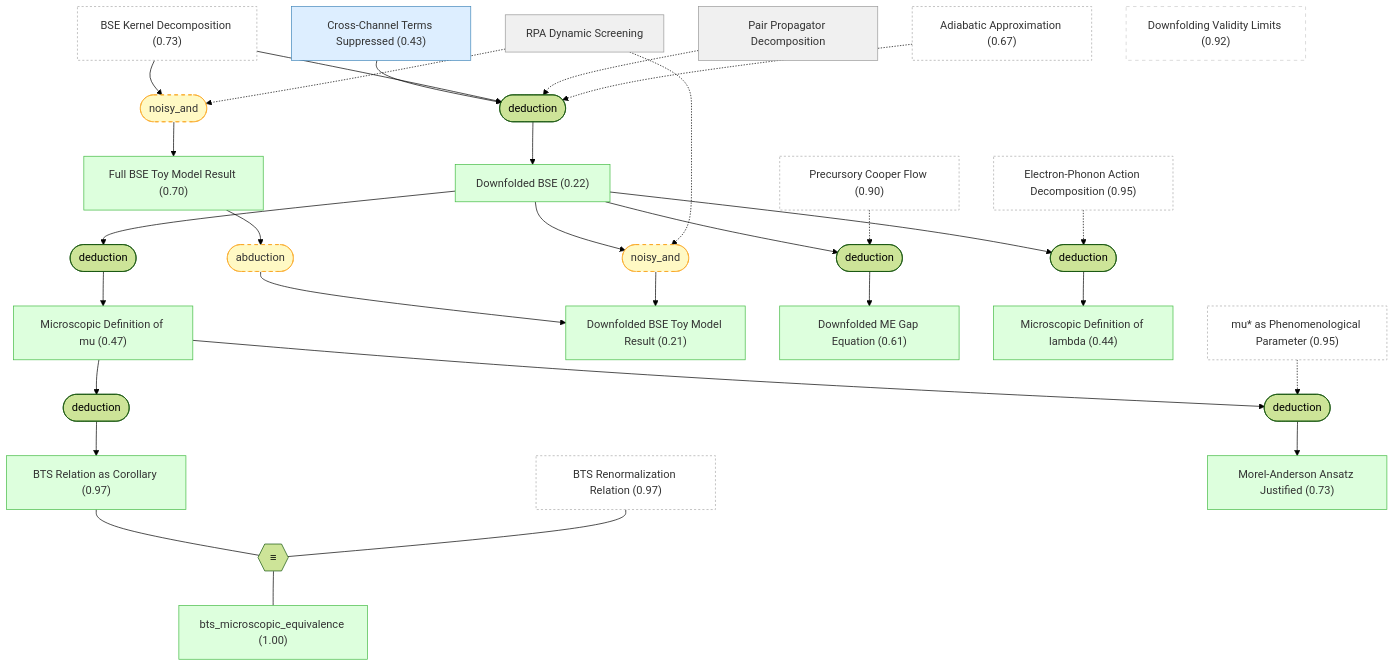
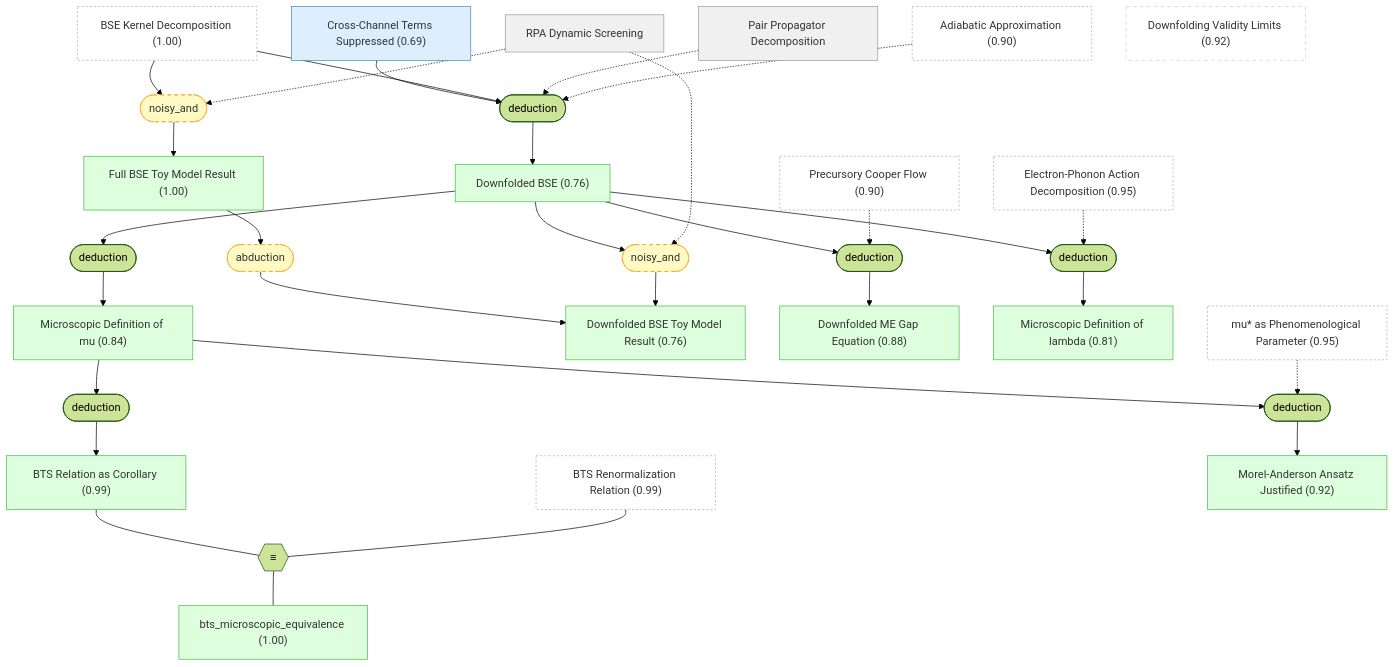
Before and after one commit to kunyuan/SuperconductivityElectronLiquids.gaia: the third of 6 diagrams in README.md, drawn with Mermaid (forest theme). The commit also changed other lines of this file and 1 other file, not shown here.

````diff
--- a/README.md
+++ b/README.md
@@ -253,71 +253,71 @@
 ```mermaid
 graph TD
-    adiabatic_approx["Adiabatic Approximation (0.67)"]:::external
-    bts_renormalization["BTS Renormalization Relation (0.97)"]:::external
+    adiabatic_approx["Adiabatic Approximation (0.90)"]:::external
+    bts_renormalization["BTS Renormalization Relation (0.99)"]:::external
     mu_star_phenomenological["mu#ast; as Phenomenological Parameter (0.95)"]:::external
     electron_phonon_action["Electron-Phonon Action Decomposition (0.95)"]:::external
-    bse_kernel_decomposition["BSE Kernel Decomposition (0.73)"]:::external
+    bse_kernel_decomposition["BSE Kernel Decomposition (1.00)"]:::external
     precursory_cooper_flow["Precursory Cooper Flow (0.90)"]:::external
     pair_propagator_decomposition["Pair Propagator Decomposition"]:::setting
-    cross_term_suppressed["Cross-Channel Terms Suppressed (0.43)"]:::premise
+    cross_term_suppressed["Cross-Channel Terms Suppressed (0.69)"]:::premise
     rpa_dynamic_screening["RPA Dynamic Screening"]:::setting
-    full_bse_toy_model["Full BSE Toy Model Result (0.70)"]:::derived
-    downfolded_bse_toy_model["Downfolded BSE Toy Model Result (0.21)"]:::derived
+    full_bse_toy_model["Full BSE Toy Model Result (1.00)"]:::derived
+    downfolded_bse_toy_model["Downfolded BSE Toy Model Result (0.76)"]:::derived
     downfolding_validity_limits["Downfolding Validity Limits (0.92)"]:::orphan
-    downfolded_bse["Downfolded BSE (0.22)"]:::derived
-    downfolded_me_equation["Downfolded ME Gap Equation (0.61)"]:::derived
-    lambda_microscopic_definition["Microscopic Definition of lambda (0.44)"]:::derived
-    mu_microscopic_definition["Microscopic Definition of mu (0.47)"]:::derived
-    mu_scale_independence["BTS Relation as Corollary (0.97)"]:::derived
+    downfolded_bse["Downfolded BSE (0.76)"]:::derived
+    downfolded_me_equation["Downfolded ME Gap Equation (0.88)"]:::derived
+    lambda_microscopic_definition["Microscopic Definition of lambda (0.81)"]:::derived
+    mu_microscopic_definition["Microscopic Definition of mu (0.84)"]:::derived
+    mu_scale_independence["BTS Relation as Corollary (0.99)"]:::derived
     bts_microscopic_equivalence["bts_microscopic_equivalence (1.00)"]:::derived
-    ma_pseudopotential_justified["Morel-Anderson Ansatz Justified (0.73)"]:::derived
+    ma_pseudopotential_justified["Morel-Anderson Ansatz Justified (0.92)"]:::derived
     strat_2(["noisy_and"]):::weak
     bse_kernel_decomposition --> strat_2
     rpa_dynamic_screening -.-> strat_2
     strat_2 --> full_bse_toy_model
     strat_3(["abduction"]):::weak
     full_bse_toy_model --> strat_3
     strat_3 --> downfolded_bse_toy_model
     strat_4(["deduction"])
     cross_term_suppressed --> strat_4
     bse_kernel_decomposition --> strat_4
     pair_propagator_decomposition -.-> strat_4
     adiabatic_approx -.-> strat_4
     strat_4 --> downfolded_bse
     strat_5(["noisy_and"]):::weak
     downfolded_bse --> strat_5
     rpa_dynamic_screening -.-> strat_5
     strat_5 --> downfolded_bse_toy_model
     strat_6(["deduction"])
     downfolded_bse --> strat_6
     precursory_cooper_flow -.-> strat_6
     strat_6 --> downfolded_me_equation
     strat_7(["deduction"])
     downfolded_bse --> strat_7
     electron_phonon_action -.-> strat_7
     strat_7 --> lambda_microscopic_definition
     strat_8(["deduction"])
     downfolded_bse --> strat_8
     strat_8 --> mu_microscopic_definition
     strat_9(["deduction"])
     mu_microscopic_definition --> strat_9
     strat_9 --> mu_scale_independence
     strat_10(["deduction"])
     mu_microscopic_definition --> strat_10
     mu_star_phenomenological -.-> strat_10
     strat_10 --> ma_pseudopotential_justified
     oper_0{{"≡"}}
     mu_scale_independence --- oper_0
     bts_renormalization --- oper_0
     oper_0 --- bts_microscopic_equivalence
 
     classDef setting fill:#f0f0f0,stroke:#999,color:#333
     classDef premise fill:#ddeeff,stroke:#4488bb,color:#333
     classDef derived fill:#ddffdd,stroke:#44bb44,color:#333
     classDef question fill:#fff3dd,stroke:#cc9944,color:#333
     classDef background fill:#f5f5f5,stroke:#bbb,stroke-dasharray: 5 5,color:#333
     classDef orphan fill:#fff,stroke:#ccc,stroke-dasharray: 5 5,color:#333
     classDef external fill:#fff,stroke:#aaa,stroke-dasharray: 3 3,color:#333
     classDef weak fill:#fff9c4,stroke:#f9a825,stroke-dasharray: 5 5,color:#333
     classDef contra fill:#ffebee,stroke:#c62828,color:#333
 ```
````
